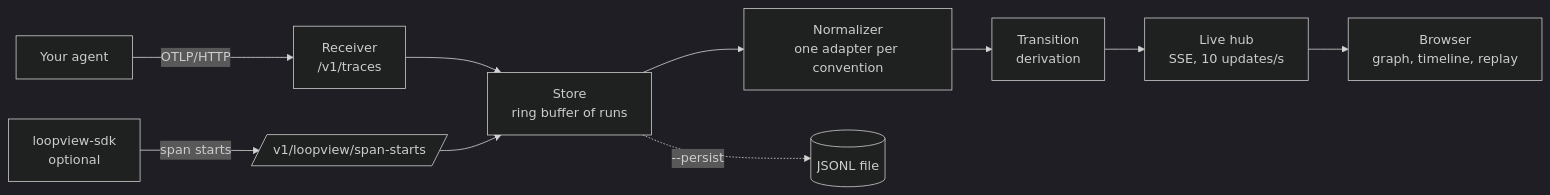
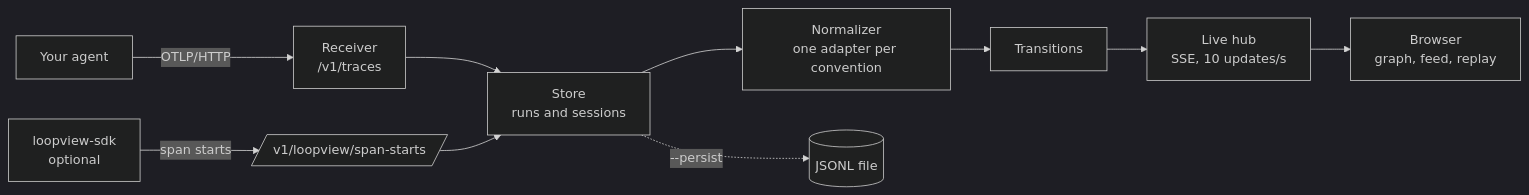
The diagram in README.md (YasmineZerai/loopview), drawn with Mermaid (dark theme) before and after one commit. The commit also changed other lines of this file and 2 other files, not shown here.

````diff
--- a/README.md
+++ b/README.md
@@ -85,12 +187,12 @@
 ```mermaid
 flowchart LR
     A[Your agent] -- OTLP/HTTP --> R[Receiver<br/>/v1/traces]
     S[loopview-sdk<br/>optional] -- span starts --> R2[/v1/loopview/span-starts/]
-    R --> ST[Store<br/>ring buffer of runs]
+    R --> ST[Store<br/>runs and sessions]
     R2 --> ST
     ST --> N[Normalizer<br/>one adapter per convention]
-    N --> T[Transition<br/>derivation]
+    N --> T[Transitions]
     T --> H[Live hub<br/>SSE, 10 updates/s]
-    H --> UI[Browser<br/>graph, timeline, replay]
+    H --> UI[Browser<br/>graph, feed, replay]
     ST -. --persist .-> F[(JSONL file)]
 ```
````
